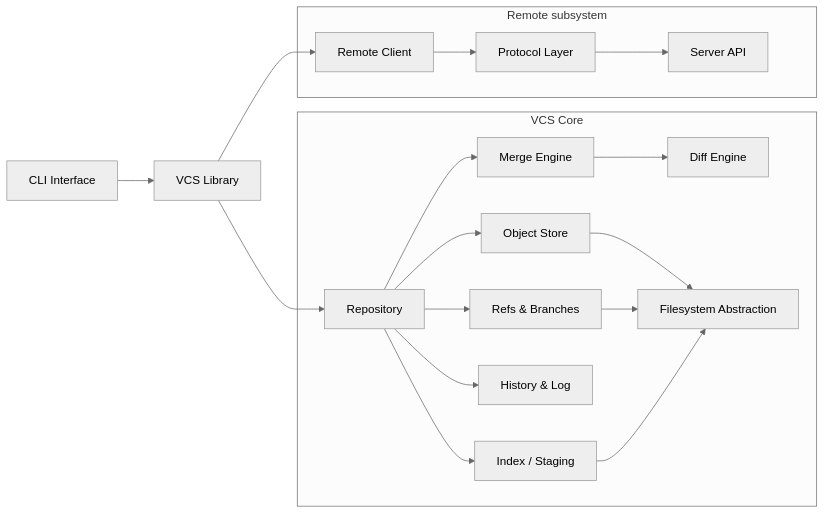
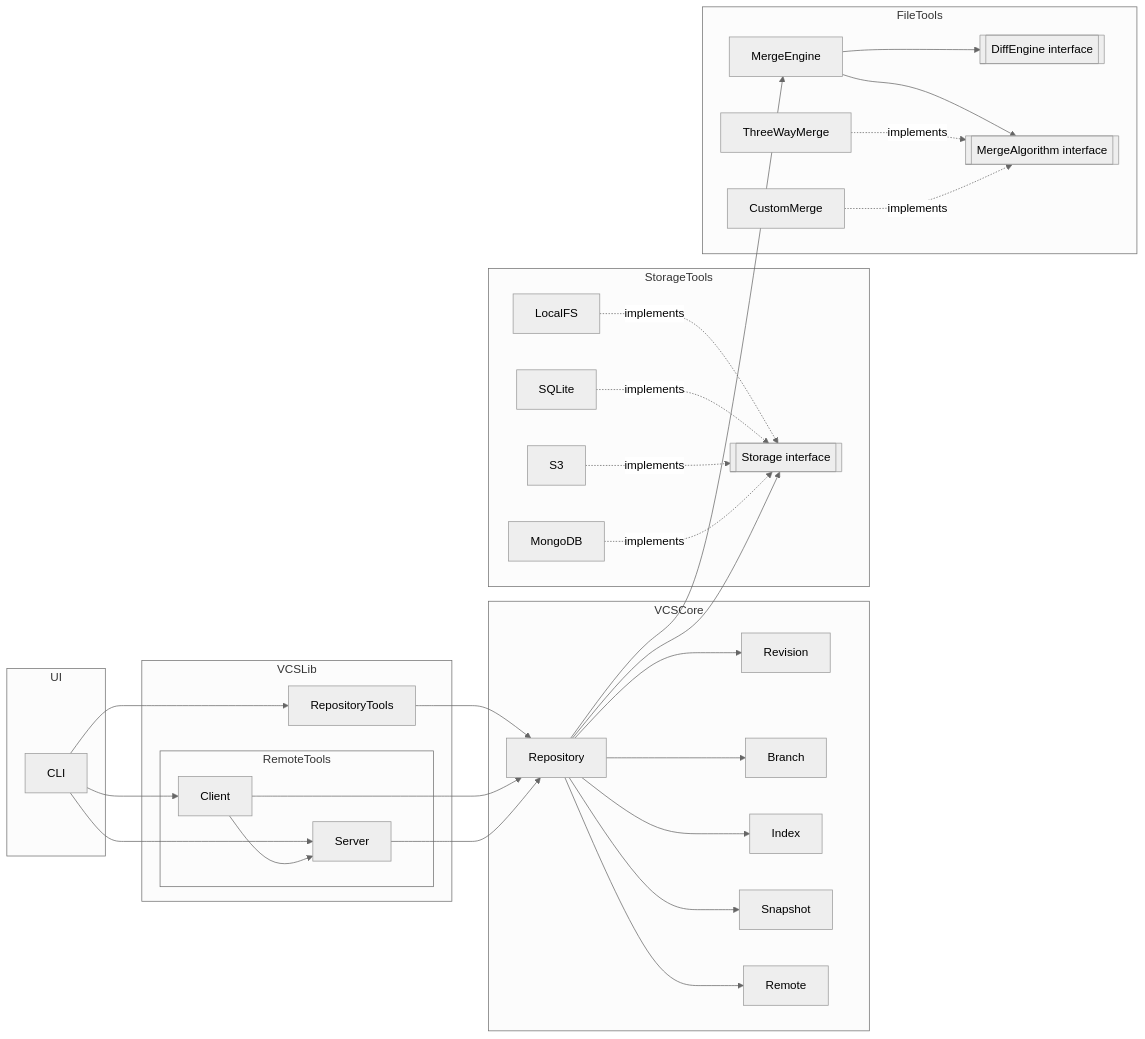
The second of 2 diagrams in practice/vcs/README.md (bersen66/software_design_course), drawn with Mermaid (neutral theme) before and after one commit. The commit also changed other lines of this file, not shown here.

Commit message:
fix: correct class and component diagrams for VCS

````diff
--- a/practice/vcs/README.md
+++ b/practice/vcs/README.md
@@ -92,46 +160,68 @@
 ```mermaid
 flowchart LR
-    CLI[CLI Interface]
-    API[VCS Library]
 
+subgraph UI
+    CLI[CLI]
+end
 
-    subgraph Core[VCS Core]
-        Repo[Repository]
-        ObjStore[Object Store]
-        RefStore[Refs & Branches]
-        Index[Index / Staging]
-        History[History & Log]
-        Merge[Merge Engine]
-        Diff[Diff Engine]
-        FS[Filesystem Abstraction]
+subgraph VCSCore
+    Repository[Repository]
+    Revision[Revision]
+    Branch[Branch]
+    Index[Index]
+    Snapshot[Snapshot]
+    Remote[Remote]
+end
+
+subgraph StorageTools
+    Storage[[Storage interface]]
+    LocalFS[LocalFS]
+    SQLite[SQLite]
+    S3[S3]
+    MongoDB[MongoDB]
+end
+
+subgraph FileTools
+    MergeEngine[MergeEngine]
+    DiffEngine[[DiffEngine interface]]
+    MergeAlgorithm[[MergeAlgorithm interface]]
+    ThreeWayMerge[ThreeWayMerge]
+    CustomMerge[CustomMerge]
+end
+
+subgraph VCSLib
+    subgraph RemoteTools
+        Client[Client]
+        Server[Server]
     end
 
+    RepositoryTools
+end
 
-    subgraph Remote[Remote subsystem]
-        Client[Remote Client]
-        Proto[Protocol Layer]
-        ServerAPI[Server API]
-    end
+CLI --> RepositoryTools
+CLI --> Client
+CLI --> Server
+RepositoryTools --> Repository
 
+Repository --> Revision
+Repository --> Branch
+Repository --> Index
+Repository --> Snapshot
+Repository --> Remote
+Repository --> Storage
+Repository --> MergeEngine
 
-    CLI --> API
-    API --> Repo
+LocalFS -. implements .-> Storage
+SQLite -. implements .-> Storage
+S3 -. implements .-> Storage
+MongoDB -. implements .-> Storage
 
+MergeEngine --> DiffEngine
+MergeEngine --> MergeAlgorithm
+ThreeWayMerge -. implements .-> MergeAlgorithm
+CustomMerge -. implements .-> MergeAlgorithm
 
-    Repo --> ObjStore
-    Repo --> RefStore
-    Repo --> Index
-    Repo --> History
-    Repo --> Merge
-
-
-    Merge --> Diff
-    ObjStore --> FS
-    RefStore --> FS
-    Index --> FS
-
-
-    API --> Client
-    Client --> Proto
-    Proto --> ServerAPI
+Client --> Server
+Client --> Repository
+Server --> Repository
 ```
````
